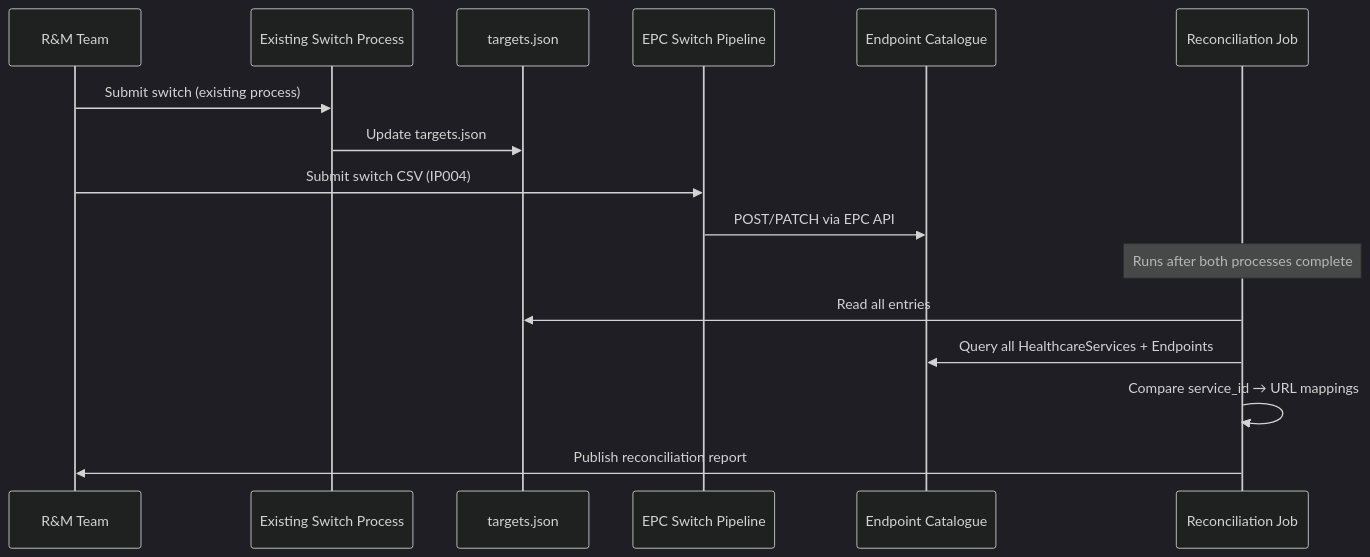
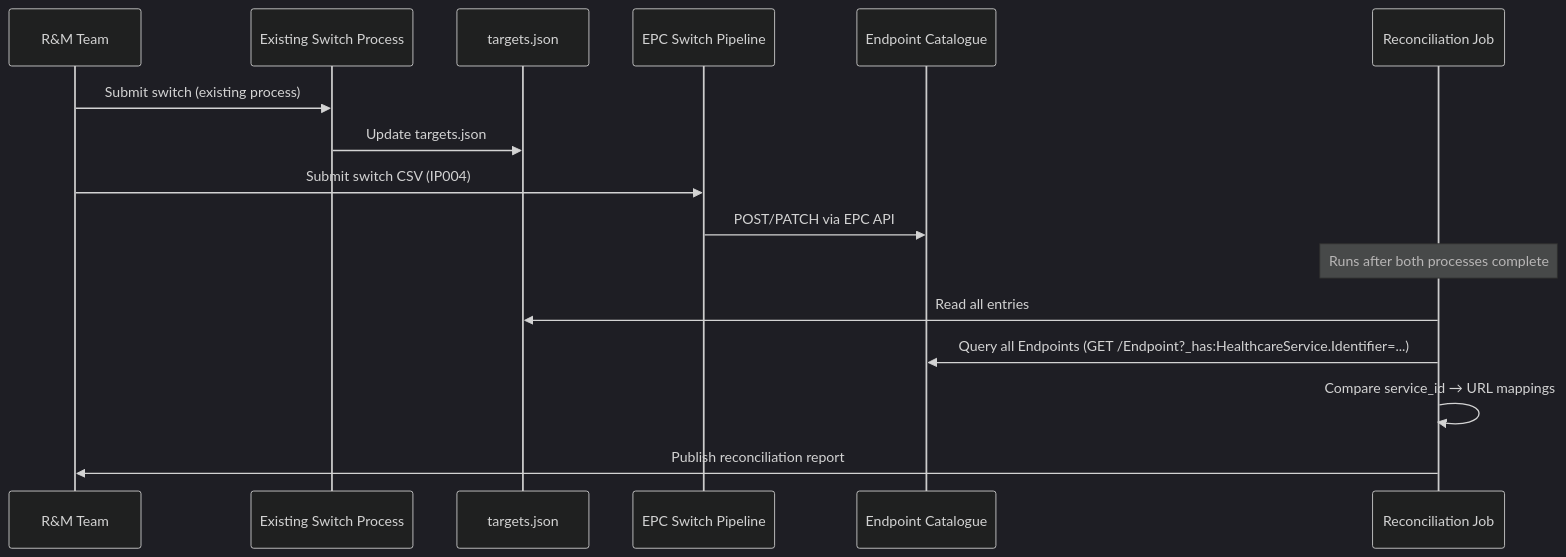
The second of 3 diagrams in Documents/dual-running-strategy.md (RichardWardNHSD/epc-work), drawn with Mermaid (dark theme) before and after one commit. The commit also changed other lines of this file, not shown here.

````diff
--- a/Documents/dual-running-strategy.md
+++ b/Documents/dual-running-strategy.md
@@ -79,19 +79,19 @@
 ```mermaid
 sequenceDiagram
     participant RM as R&M Team
     participant OLD as Existing Switch Process
     participant TJ as targets.json
     participant NEW as EPC Switch Pipeline
     participant EPC as Endpoint Catalogue
     participant RECON as Reconciliation Job
 
     RM->>OLD: Submit switch (existing process)
     OLD->>TJ: Update targets.json
     RM->>NEW: Submit switch CSV (IP004)
     NEW->>EPC: POST/PATCH via EPC API
     Note over RECON: Runs after both processes complete
     RECON->>TJ: Read all entries
-    RECON->>EPC: Query all HealthcareServices + Endpoints
+    RECON->>EPC: Query all Endpoints (GET /Endpoint?_has:HealthcareService.Identifier=...)
     RECON->>RECON: Compare service_id → URL mappings
     RECON->>RM: Publish reconciliation report
 ```
````
